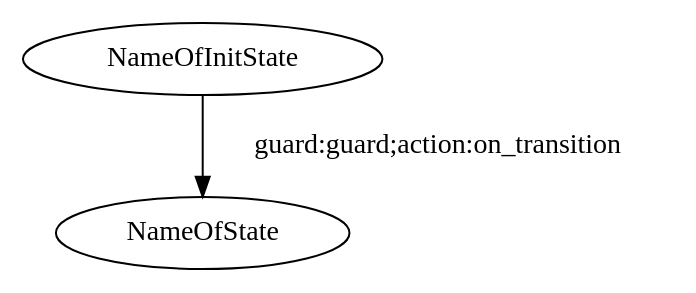
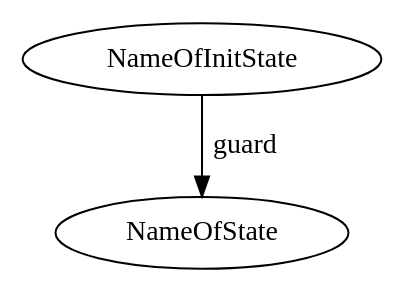
One commit to KirrimK/graph2strat changed the first of 4 diagrams in README.md. Above: the diagram before and after it, drawn with Graphviz. The commit also changed other lines of this file and 4 other files, not shown here.

````diff
--- a/README.md
+++ b/README.md
@@ -40,10 +40,10 @@
 ```dot
 // comments are allowed like this
 
 #init NameOfInitState //the initial state is declared with the #init keyword
 digraph STM_NAME { // the graph name is used as the name of the state machine (must start by a letter)
     NameOfState [comment="enter:on_enter;leave:on_leave"] // This is a node, the on_enter and on_leave methods are declared in the comment
-    NameOfInitState -> NameOfState [label="guard:guard;action:on_transition"] // This is a transition between states, the guard and on_transition methods are declared in the label
+    NameOfInitState -> NameOfState [label="guard"] // This is a transition between states, the guard is declared in the label
     //comment
 }
 ```
````
